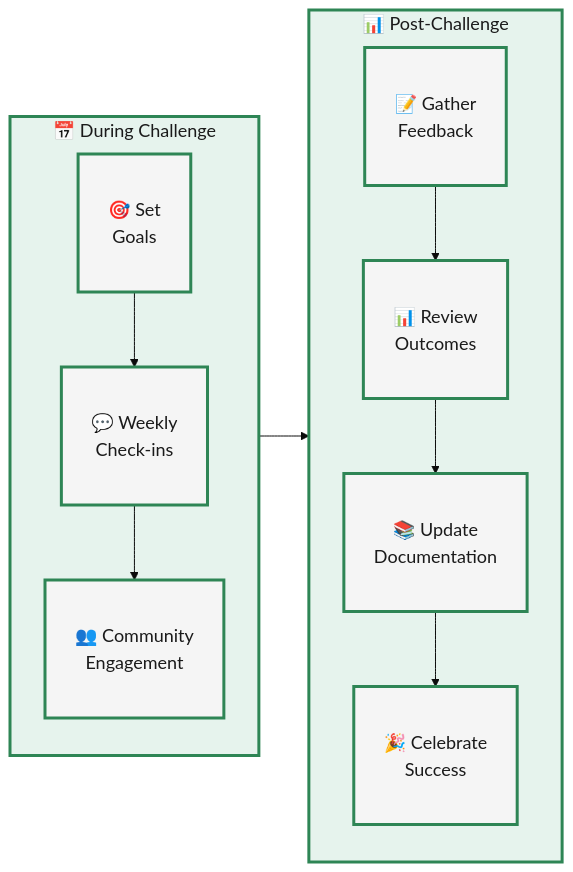
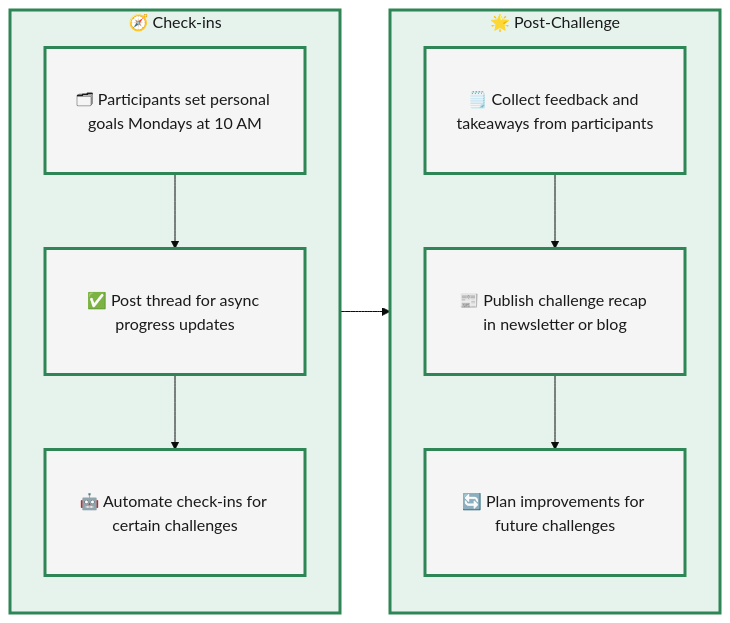
One commit to CBID2/VC-Community-Docs changed the second of 2 diagrams in docs/monthly-challenges/facilitators-docs/facilitate-a-challenge.md. Above: the diagram before and after it, drawn with Mermaid. The commit also changed other lines of this file and 1 other file, not shown here.

First line of the commit message:
Update Lunch & Learn process docs and flowchart

````diff
--- a/docs/monthly-challenges/facilitators-docs/facilitate-a-challenge.md
+++ b/docs/monthly-challenges/facilitators-docs/facilitate-a-challenge.md
@@ -140,30 +81,29 @@
-```mermaid
-%%{init: {'theme':'base', 'themeVariables': {'fontSize':'18px', 'fontFamily':'arial'}}}%%
-flowchart LR
-  %% Left Column - During Challenge
-  subgraph A["📅 During Challenge"]
-    direction TB
-    A1["🎯 Set<br/>Goals"]
-    A2["💬 Weekly<br/>Check-ins"]
-    A3["👥 Community<br/>Engagement"]
-    A1 --> A2 --> A3
-  end
+  ```mermaid
+  %%{init: {'theme':'base', 'themeVariables': {'fontSize':'16px', 'fontFamily':'arial'}}}%%
+  flowchart LR
+    %% Left Column - Check-Ins
+    subgraph A["🧭 Check-ins"]
+      direction TB
+      A1["🗂 Participants set personal goals Mondays at 10 AM"]
+      A2["✅ Post thread for async progress updates"]
+      A3["🤖 Automate check-ins for certain challenges"]
+      A1 --> A2 --> A3
+    end
 
-  %% Right Column - Post Challenge
-  subgraph B["📊 Post-Challenge"]
-    direction TB
-    B1["📝 Gather<br/>Feedback"]
-    B2["📊 Review<br/>Outcomes"]
-    B3["📚 Update<br/>Documentation"]
-    B4["🎉 Celebrate<br/>Success"]
-    B1 --> B2 --> B3 --> B4
-  end
+    %% Right Column - Post Challenge
+    subgraph B["🌟 Post-Challenge"]
+      direction TB
+      B1["🗒️ Collect feedback and takeaways from participants"]
+      B2["📰 Publish challenge recap in newsletter or blog"]
+      B3["🔄 Plan improvements for future challenges"]
+      B1 --> B2 --> B3 
+    end
 
-  %% Flow between columns
-  A3 --> B1
+    %% Flow between stages
+    A3 --> B1
 
-  %% Styling
-  classDef default fill:#f5f5f5,stroke:#2e8555,stroke-width:3px,color:#1a1a1a,padding:15px;
-  classDef process fill:#e6f3ed,stroke:#2e8555,stroke-width:3px,color:#1a1a1a;
-  class A,B process;
-```
+    %% Styling
+    classDef default fill:#f5f5f5,stroke:#2e8555,stroke-width:3px,color:#1a1a1a,padding:15px;
+    classDef process fill:#e6f3ed,stroke:#2e8555,stroke-width:3px,color:#1a1a1a;
+    class A,B process;
+  ```
````
